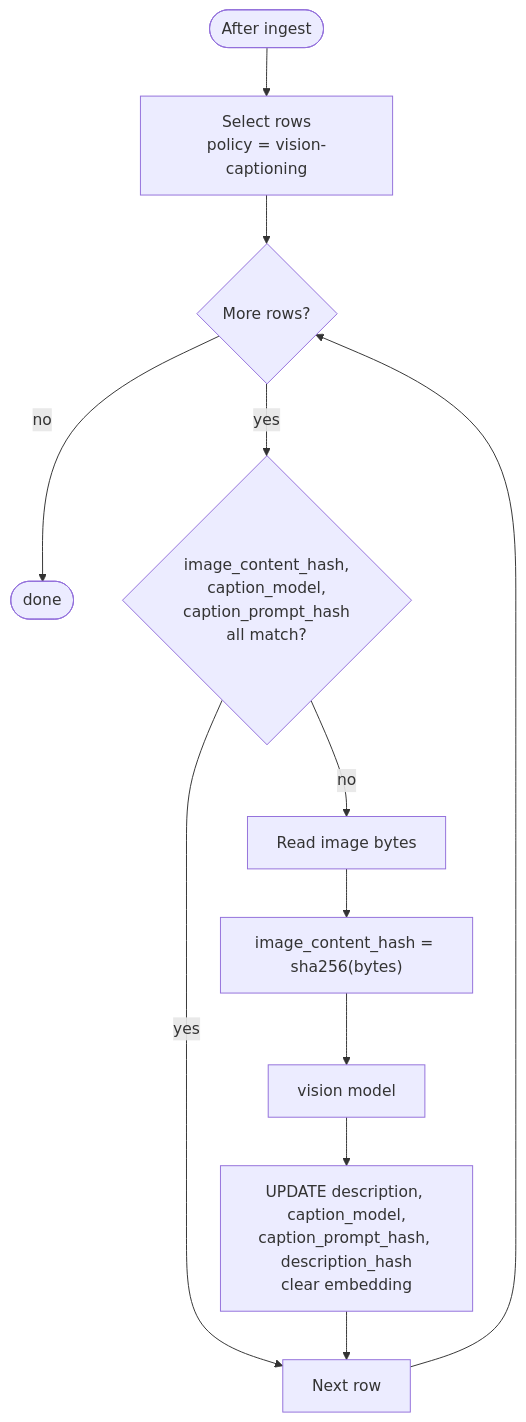
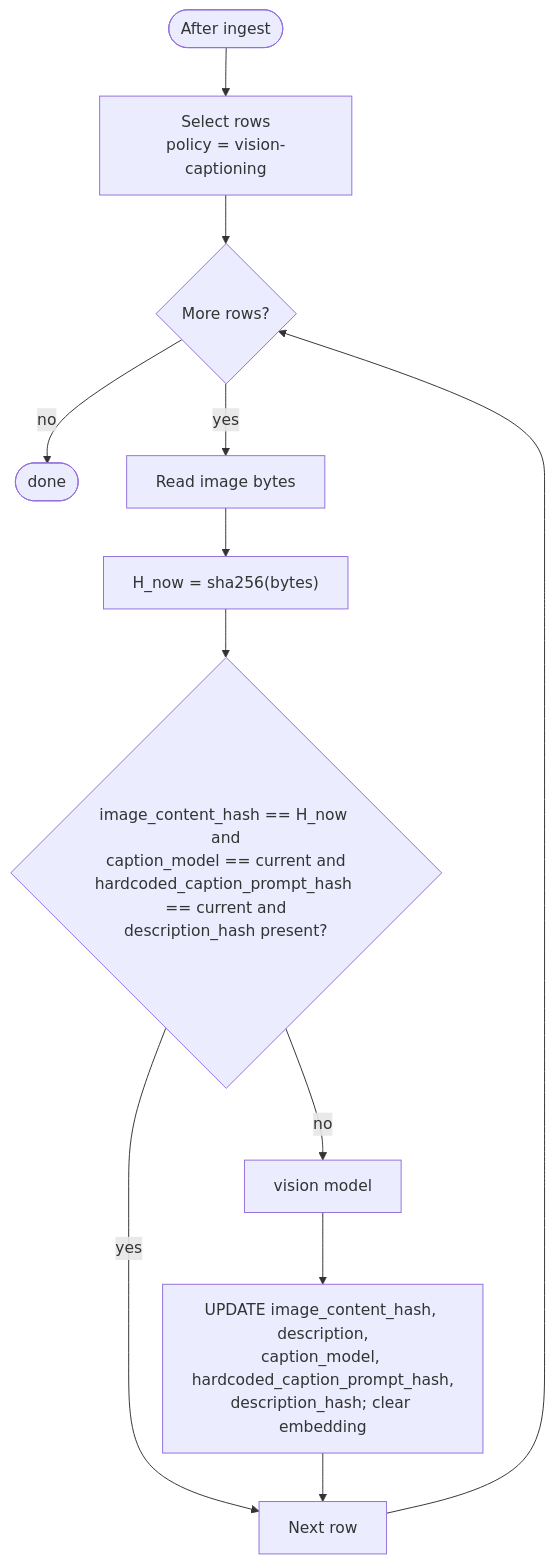
The diagram in docs/modern-knowledge-base-design/03.2-image-descriptions.md (kyung-lee-official/neuxus), drawn with Mermaid before and after one commit. The commit also changed other lines of this file and 5 other files, not shown here.

Commit message:
feat: update image description schema and migration, replacing caption_prompt_hash with hardcoded_caption_prompt_hash

````diff
--- a/docs/modern-knowledge-base-design/03.2-image-descriptions.md
+++ b/docs/modern-knowledge-base-design/03.2-image-descriptions.md
@@ -77,17 +77,17 @@
 ```mermaid
 ---
 theme: neo-dark
 ---
 flowchart TD
   Start([After ingest]) --> Select["Select rows<br/>policy = vision-captioning"]
   Select --> More{More rows?}
   More -- no --> Done([done])
-  More -- yes --> Fresh{"image_content_hash,<br/>caption_model,<br/>caption_prompt_hash<br/>all match?"}
+  More -- yes --> Read[Read image bytes]
+  Read --> Hash["H_now = sha256(bytes)"]
+  Hash --> Fresh{"image_content_hash == H_now and<br/>caption_model == current and<br/>hardcoded_caption_prompt_hash == current and<br/>description_hash present?"}
   Fresh -- yes --> Next[Next row]
-  Fresh -- no --> Read[Read image bytes]
-  Read --> Hash["image_content_hash = sha256(bytes)"]
-  Hash --> Vision["vision model"]
-  Vision --> Store["UPDATE description, caption_model,<br/>caption_prompt_hash, description_hash<br/>clear embedding"]
+  Fresh -- no --> Vision["vision model"]
+  Vision --> Store["UPDATE image_content_hash, description,<br/>caption_model, hardcoded_caption_prompt_hash,<br/>description_hash; clear embedding"]
   Store --> Next
   Next --> More
 ```
````
